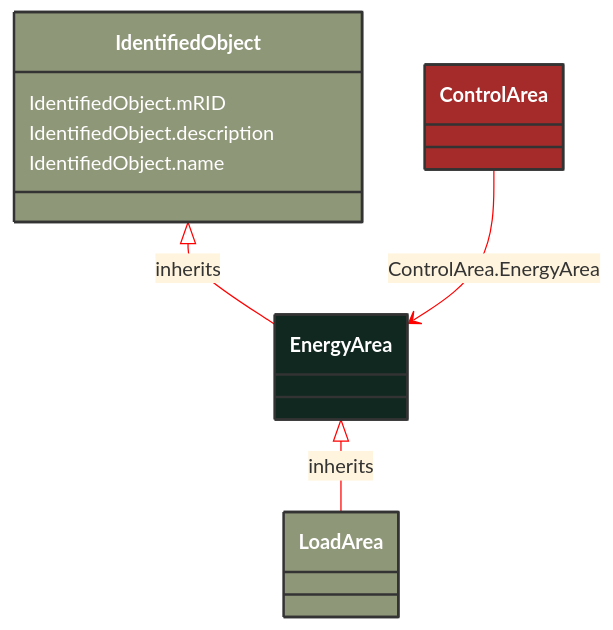
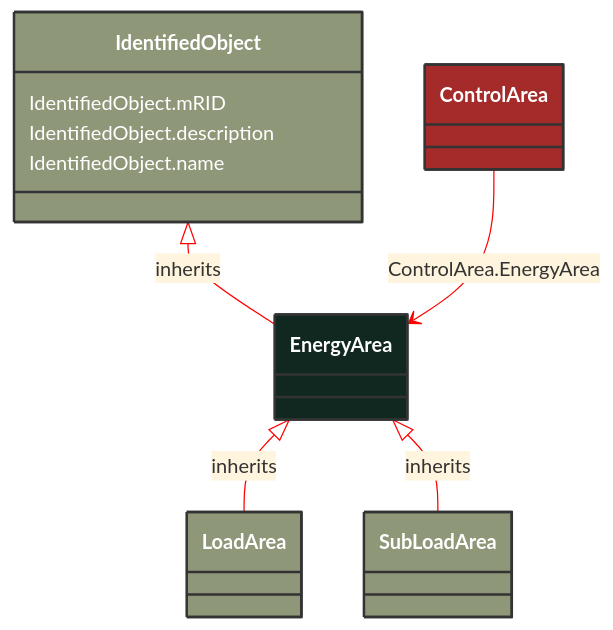
Before and after one commit to 3lbits/NoCIMExtensions: the diagram in docs/Models/Profiles/Telemark-120Equipment/AbstractClasses/EnergyArea.md, drawn with Mermaid. The commit also changed 63 other files, not shown here.

````diff
--- a/docs/Models/Profiles/Telemark-120Equipment/AbstractClasses/EnergyArea.md
+++ b/docs/Models/Profiles/Telemark-120Equipment/AbstractClasses/EnergyArea.md
@@ -10,29 +10,35 @@
 ```mermaid
 %%{init: {'theme':'base','themeVariables': {'lineColor': '#FF0000'}}}%%
 classDiagram
     class EnergyArea
     click EnergyArea href "/Models/Profiles/Telemark-120Equipment/AbstractClasses/EnergyArea/"
     style EnergyArea fill:#102820,stroke:#333,stroke-width:2px,rx:10,ry:10,color:white
 
         EnergyArea <|-- LoadArea : inherits
 
         LoadArea
             click LoadArea href "/Models/Profiles/Telemark-120Equipment/ConcreteClasses/LoadArea/"
             style LoadArea fill:#8F9779,stroke:#333,stroke-width:2px,rx:10,ry:10,color:white
+
+        EnergyArea <|-- SubLoadArea : inherits
+
+        SubLoadArea
+            click SubLoadArea href "/Models/Profiles/Telemark-120Equipment/ConcreteClasses/SubLoadArea/"
+            style SubLoadArea fill:#8F9779,stroke:#333,stroke-width:2px,rx:10,ry:10,color:white
      
         IdentifiedObject <|-- EnergyArea : inherits
             click IdentifiedObject href "/Models/Profiles/Telemark-120Equipment/AbstractClasses/IdentifiedObject/"
             style IdentifiedObject fill:#8F9779,stroke:#333,stroke-width:2px,rx:10,ry:10,color:white
 
 
         ControlArea --> EnergyArea : ControlArea.EnergyArea
 
         ControlArea
             click ControlArea href "/Models/Profiles/Telemark-120Equipment/ConcreteClasses/ControlArea/"
             style ControlArea fill:#A52A2A,stroke:#333,stroke-width:2px,rx:10,ry:10,color:white
 
 
         IdentifiedObject : IdentifiedObject.mRID
         IdentifiedObject : IdentifiedObject.description
         IdentifiedObject : IdentifiedObject.name
 ```
````
